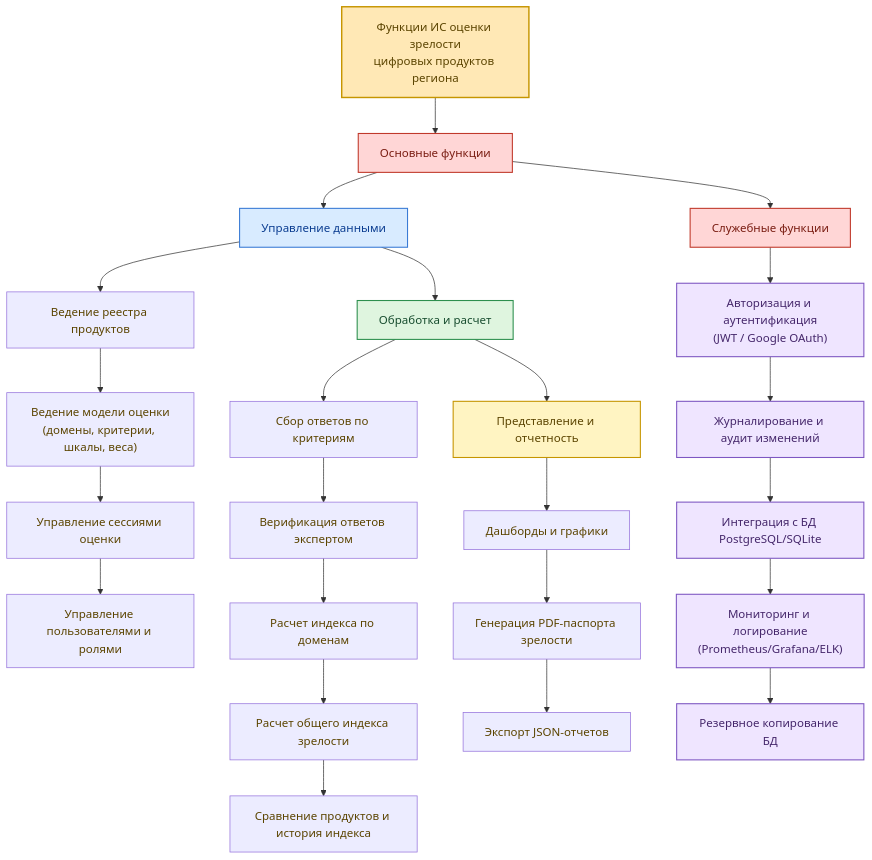
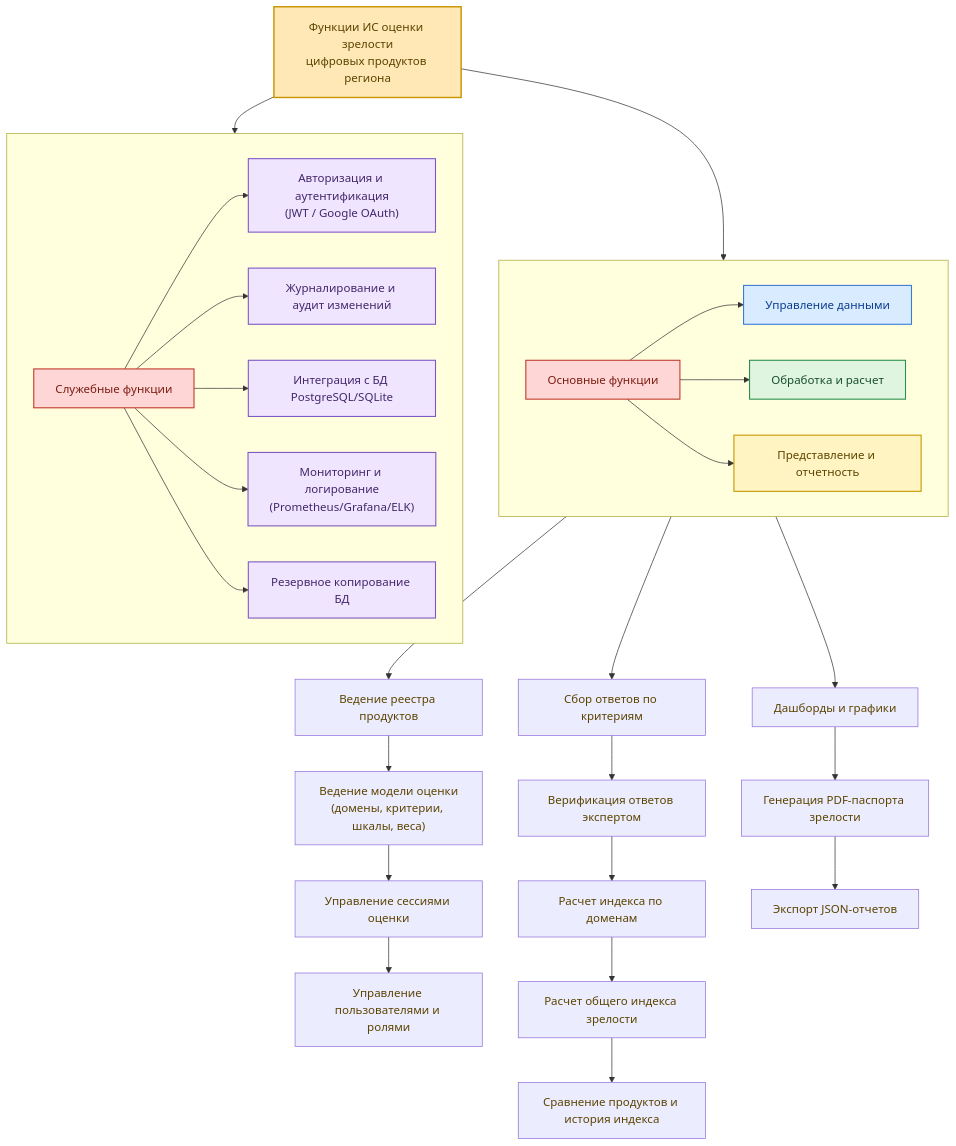
Before and after one commit to Makshota12/Region_products: diagram 13 of 14 in README.md, drawn with Mermaid.

Commit message:
docs(readme): route function tree links from groups left-to-right
Update the Mermaid function tree so arrows from function groups to child functions go left-to-right while preserving overall vertical readability.

````diff
--- a/README.md
+++ b/README.md
@@ -1742,47 +1742,61 @@
 ```mermaid
 %%{init: {'theme':'default', 'themeVariables': {'background':'#ffffff'}}}%%
 flowchart TD
     classDef root fill:#ffe8b5,stroke:#c69500,stroke-width:2px,color:#5b4400
     classDef group fill:#ffd6d6,stroke:#c0392b,stroke-width:1.5px,color:#7a1d12
     classDef core fill:#d8ebff,stroke:#3a7bd5,stroke-width:1.5px,color:#0b3d91
     classDef proc fill:#dff5df,stroke:#2d8f4e,stroke-width:1.5px,color:#184d2f
     classDef out fill:#fff4c2,stroke:#c69500,stroke-width:1.5px,color:#5b4400
     classDef svc fill:#efe5ff,stroke:#7e57c2,stroke-width:1.5px,color:#45276b
 
     R["Функции ИС оценки зрелости<br/>цифровых продуктов региона"]:::root
 
     G1["Основные функции"]:::group
     G2["Служебные функции"]:::group
     R --> G1
-    G1 --> G2
+    R --> G2
 
     F1["Управление данными"]:::core
     F2["Обработка и расчет"]:::proc
     F3["Представление и отчетность"]:::out
-    G1 --> F1 --> F2 --> F3
+    S1["Авторизация и аутентификация<br/>(JWT / Google OAuth)"]:::svc
+    S2["Журналирование и аудит изменений"]:::svc
+    S3["Интеграция с БД PostgreSQL/SQLite"]:::svc
+    S4["Мониторинг и логирование<br/>(Prometheus/Grafana/ELK)"]:::svc
+    S5["Резервное копирование БД"]:::svc
+
+    %% Горизонтальные связи от групп к функциям (слева направо)
+    subgraph MAIN_GROUP[" "]
+    direction LR
+      G1 --> F1
+      G1 --> F2
+      G1 --> F3
+    end
+
+    subgraph SERVICE_GROUP[" "]
+    direction LR
+      G2 --> S1
+      G2 --> S2
+      G2 --> S3
+      G2 --> S4
+      G2 --> S5
+    end
 
     F11["Ведение реестра продуктов"]
     F12["Ведение модели оценки<br/>(домены, критерии, шкалы, веса)"]
     F13["Управление сессиями оценки"]
     F14["Управление пользователями и ролями"]
     F1 --> F11 --> F12 --> F13 --> F14
 
     F21["Сбор ответов по критериям"]
     F22["Верификация ответов экспертом"]
     F23["Расчет индекса по доменам"]
     F24["Расчет общего индекса зрелости"]
     F25["Сравнение продуктов и история индекса"]
     F2 --> F21 --> F22 --> F23 --> F24 --> F25
 
     F31["Дашборды и графики"]
     F32["Генерация PDF-паспорта зрелости"]
     F33["Экспорт JSON-отчетов"]
     F3 --> F31 --> F32 --> F33
-
-    S1["Авторизация и аутентификация<br/>(JWT / Google OAuth)"]:::svc
-    S2["Журналирование и аудит изменений"]:::svc
-    S3["Интеграция с БД PostgreSQL/SQLite"]:::svc
-    S4["Мониторинг и логирование<br/>(Prometheus/Grafana/ELK)"]:::svc
-    S5["Резервное копирование БД"]:::svc
-    G2 --> S1 --> S2 --> S3 --> S4 --> S5
 ```
````
